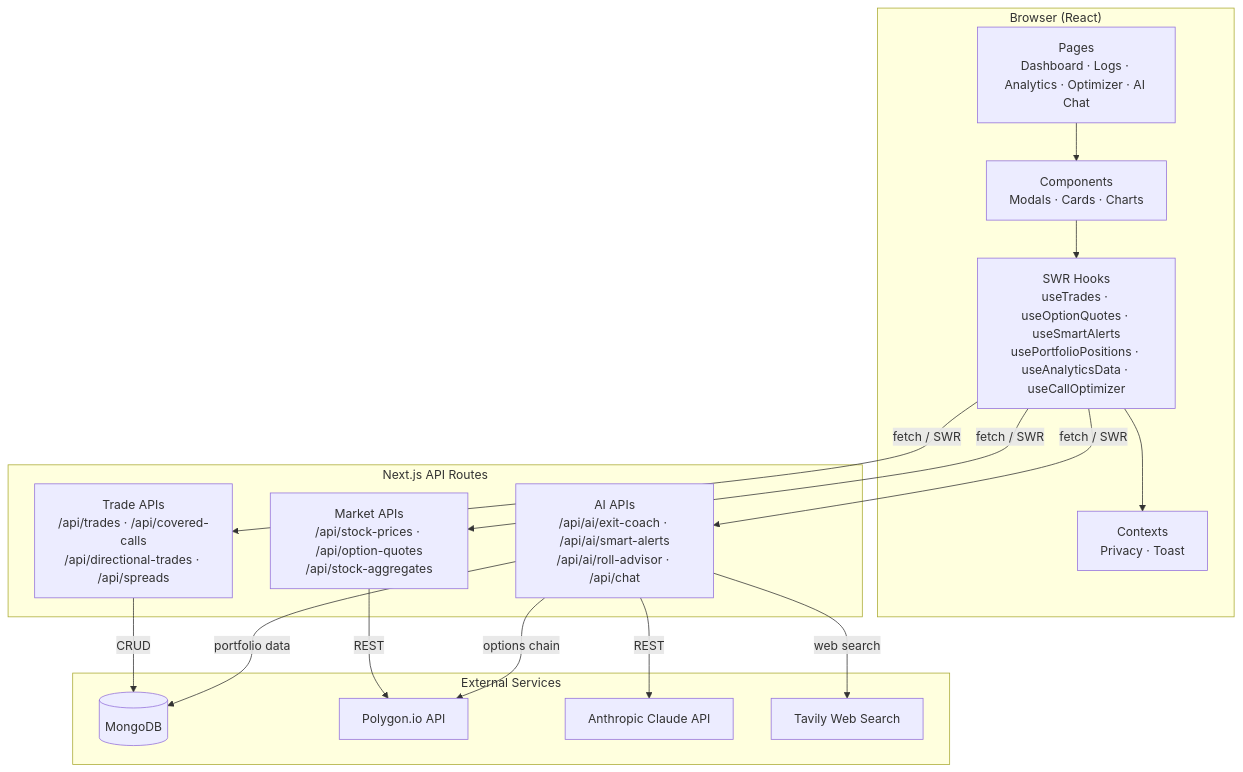
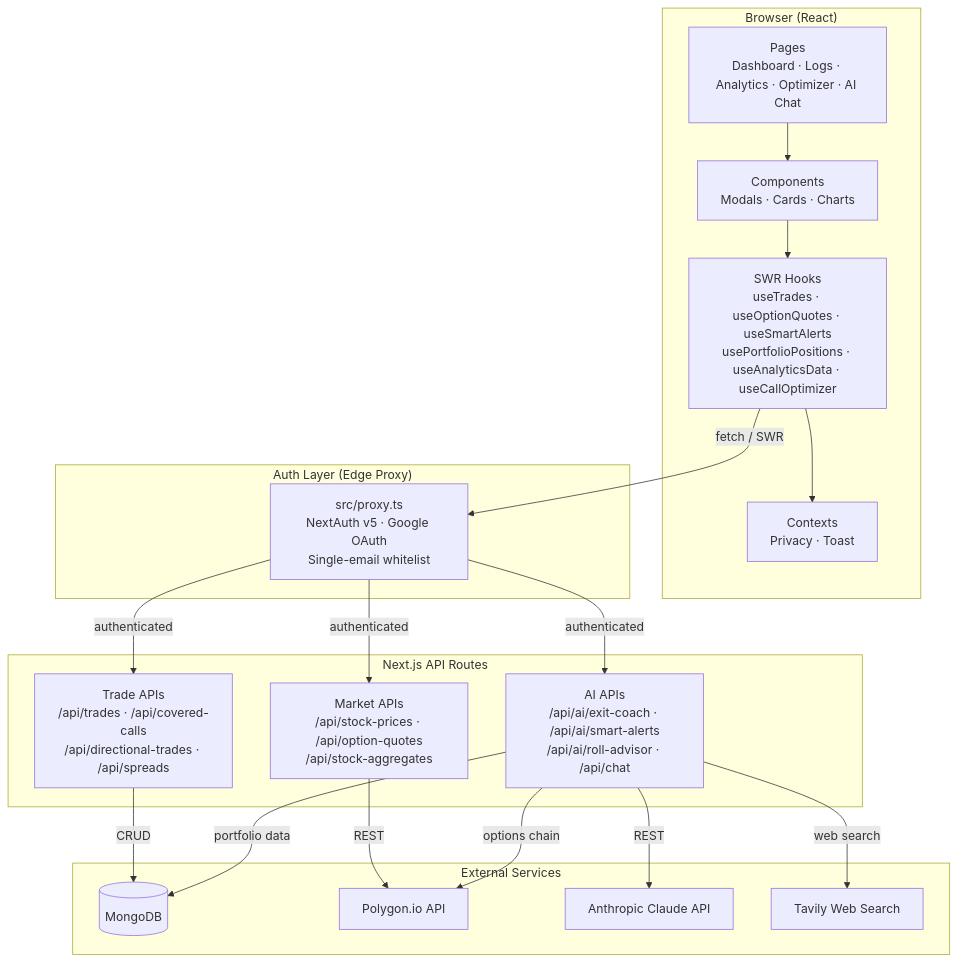
Before and after one commit to OptiTrade-AI/trading-dashboard: the first of 9 diagrams in docs/architecture.md, drawn with Mermaid. The commit also changed other lines of this file and 9 other files, not shown here.

First line of the commit message:
Add Google OAuth authentication with single-user email whitelist (#29)

````diff
--- a/docs/architecture.md
+++ b/docs/architecture.md
@@ -9,35 +9,40 @@
 ```mermaid
 graph TB
     subgraph Client["Browser (React)"]
         Pages["Pages<br/>Dashboard · Logs · Analytics · Optimizer · AI Chat"]
         Components["Components<br/>Modals · Cards · Charts"]
         Hooks["SWR Hooks<br/>useTrades · useOptionQuotes · useSmartAlerts<br/>usePortfolioPositions · useAnalyticsData · useCallOptimizer"]
         Contexts["Contexts<br/>Privacy · Toast"]
+    end
+
+    subgraph Auth["Auth Layer (Edge Proxy)"]
+        Proxy["src/proxy.ts<br/>NextAuth v5 · Google OAuth<br/>Single-email whitelist"]
     end
 
     subgraph Server["Next.js API Routes"]
         TradeAPI["Trade APIs<br/>/api/trades · /api/covered-calls<br/>/api/directional-trades · /api/spreads"]
         MarketAPI["Market APIs<br/>/api/stock-prices · /api/option-quotes<br/>/api/stock-aggregates"]
         AIAPI["AI APIs<br/>/api/ai/exit-coach · /api/ai/smart-alerts<br/>/api/ai/roll-advisor · /api/chat"]
     end
 
     subgraph External["External Services"]
         MongoDB[(MongoDB)]
         Polygon["Polygon.io API"]
         Anthropic["Anthropic Claude API"]
         Tavily["Tavily Web Search"]
     end
 
     Pages --> Components
     Components --> Hooks
     Hooks --> Contexts
-    Hooks -->|fetch / SWR| TradeAPI
-    Hooks -->|fetch / SWR| MarketAPI
-    Hooks -->|fetch / SWR| AIAPI
+    Hooks -->|fetch / SWR| Proxy
+    Proxy -->|authenticated| TradeAPI
+    Proxy -->|authenticated| MarketAPI
+    Proxy -->|authenticated| AIAPI
     TradeAPI -->|CRUD| MongoDB
     MarketAPI -->|REST| Polygon
     AIAPI -->|REST| Anthropic
     AIAPI -->|portfolio data| MongoDB
     AIAPI -->|options chain| Polygon
     AIAPI -->|web search| Tavily
 ```
````
